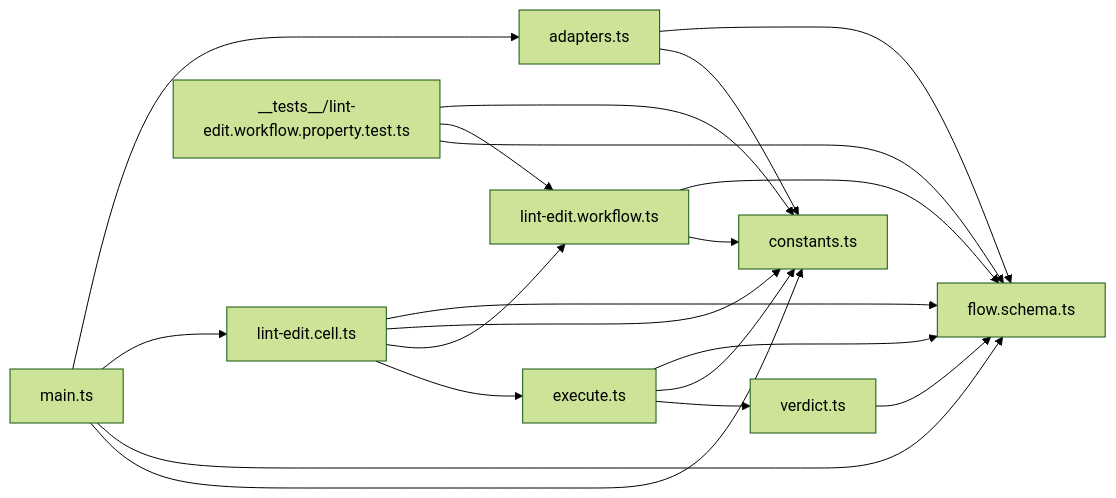
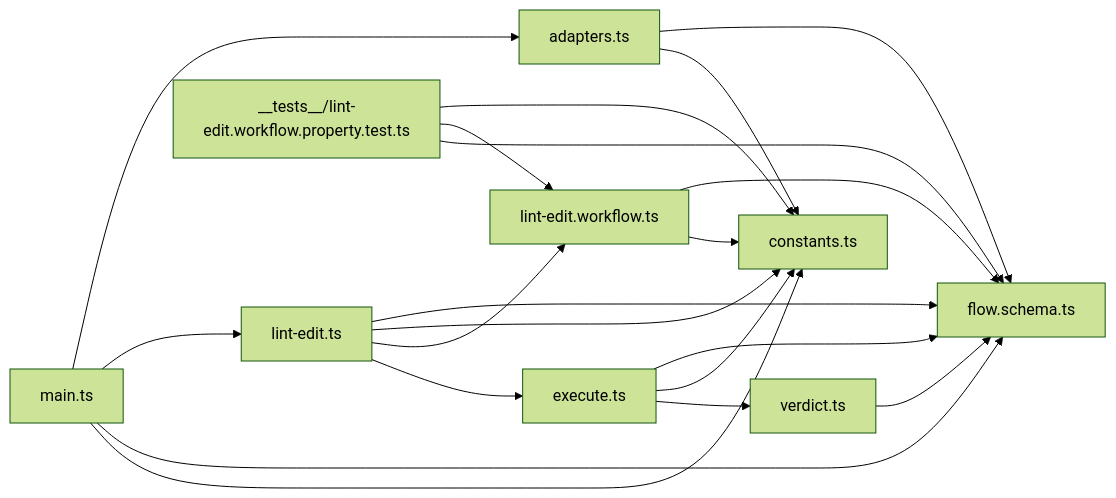
Before and after one commit to systemfsoftware/systemfsoftware: the diagram in docs/audits/oxlint-guard-hook/README.md, drawn with Mermaid (forest theme). The commit also changed 4 other files, not shown here.

````diff
--- a/docs/audits/oxlint-guard-hook/README.md
+++ b/docs/audits/oxlint-guard-hook/README.md
@@ -29,22 +29,22 @@
 ```mermaid
 flowchart LR
     MAIN[main.ts] --> ADP[adapters.ts]
-    MAIN --> CELL[lint-edit.cell.ts]
+    MAIN --> CELL[lint-edit.ts]
     MAIN --> SCH[flow.schema.ts]
     MAIN --> CONST[constants.ts]
     ADP --> SCH
     ADP --> CONST
     CELL --> SCH
     CELL --> CONST
     CELL --> WF[lint-edit.workflow.ts]
     CELL --> EXE[execute.ts]
     EXE --> SCH
     EXE --> CONST
     EXE --> VER[verdict.ts]
     VER --> SCH
     WF --> SCH
     WF --> CONST
     TST[__tests__/lint-edit.workflow.property.test.ts] --> CONST
     TST --> WF
     TST --> SCH
 ```
````
